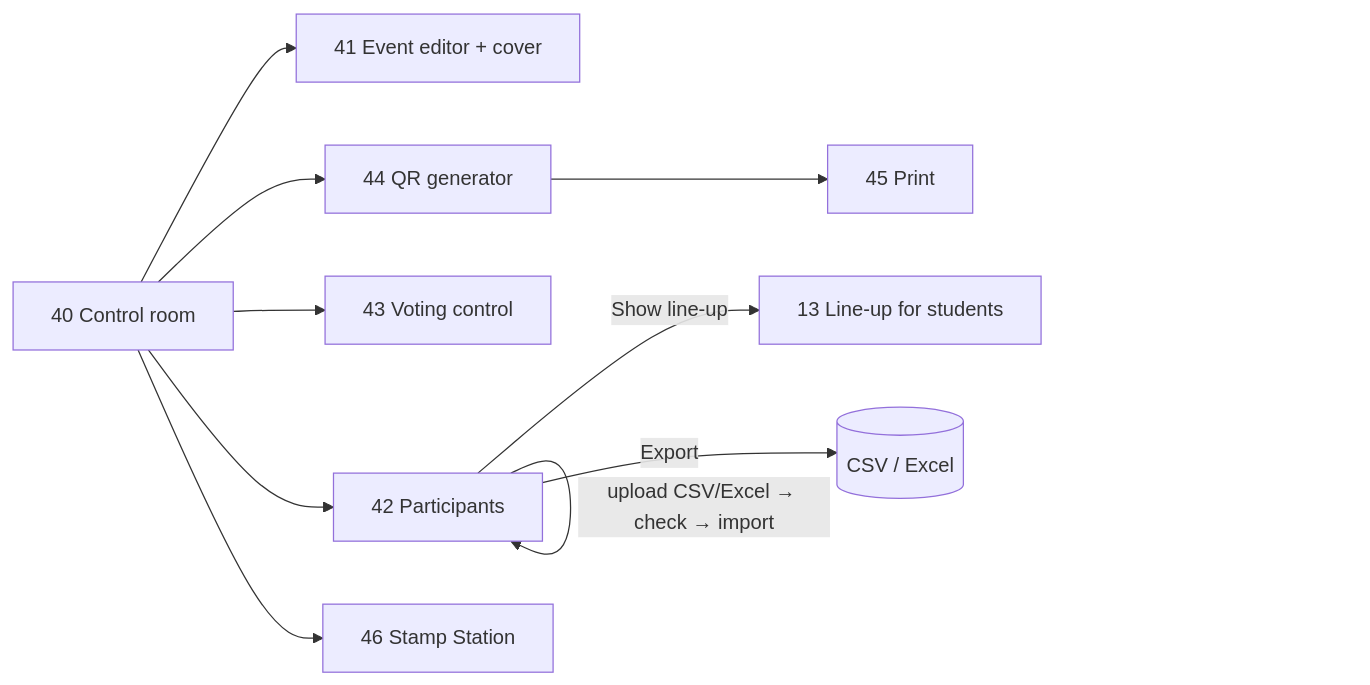
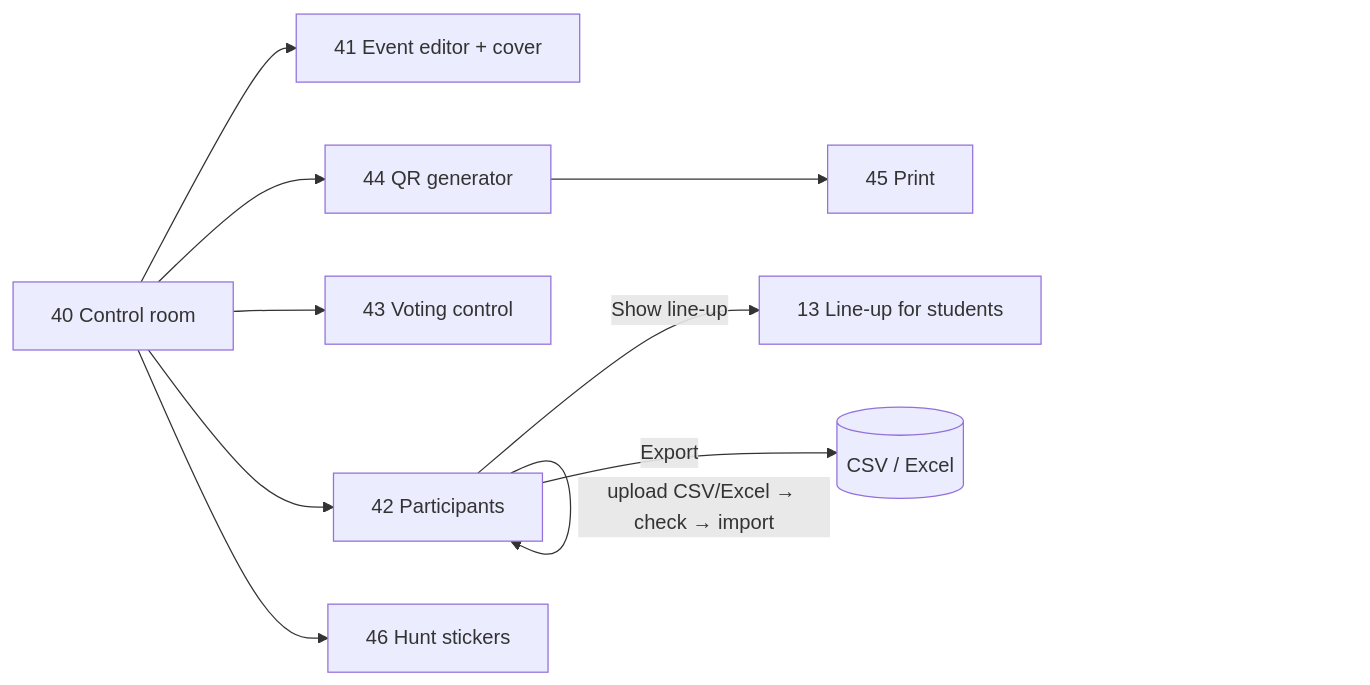
The sixth of 8 diagrams in APP_FLOW.md (vinayakbhat19/signals), drawn with Mermaid before and after one commit. The commit also changed other lines of this file and 93 other files, not shown here.

````diff
--- a/APP_FLOW.md
+++ b/APP_FLOW.md
@@ -140,11 +140,11 @@
 ```mermaid
 flowchart LR
   CR[40 Control room] --> ED[41 Event editor + cover]
   CR --> P[42 Participants]
   CR --> VC[43 Voting control]
   CR --> QG[44 QR generator] --> QP[45 Print]
-  CR --> STN[46 Stamp Station]
+  CR --> STN[46 Hunt stickers]
   P -->|upload CSV/Excel → check → import| P
   P -->|Show line-up| L[13 Line-up for students]
   P -->|Export| X[(CSV / Excel)]
 ```
````
